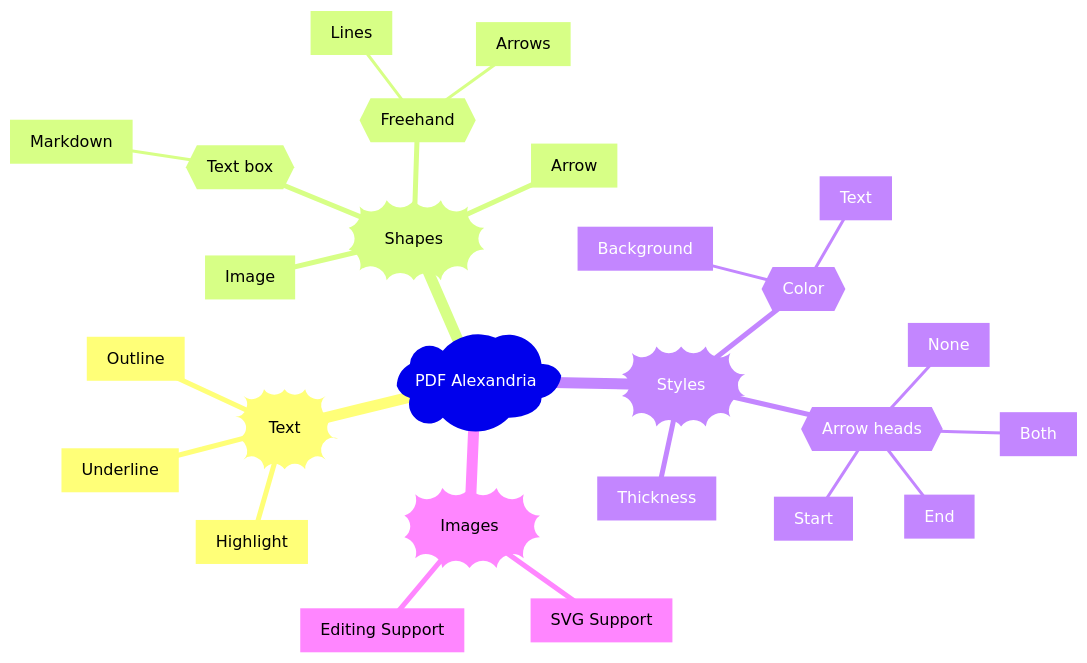
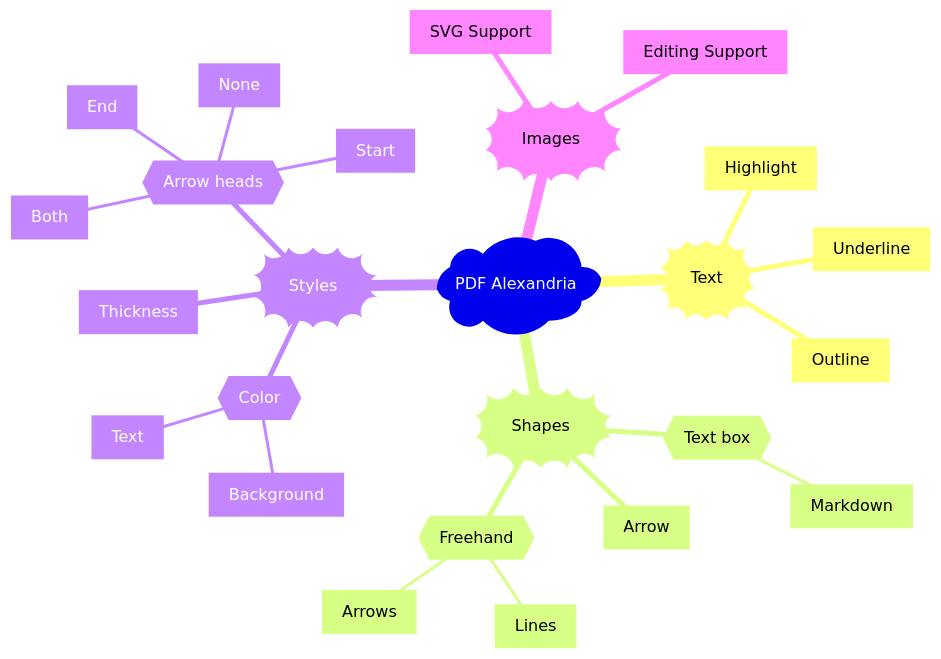
One commit to sadaszewski/pdfalexandria changed the diagram in README.md. Above: the diagram before and after it, drawn with Mermaid.

````diff
--- a/README.md
+++ b/README.md
@@ -13,29 +13,28 @@
 ```mermaid
 mindmap
   root)PDF Alexandria(
     id))Text((
       id[Highlight]
       id[Outline]
       id[Underline]
     id))Shapes((
       id{{Text box}}
         id[Markdown]
       id[Arrow]
-      id[Image]
       id{{Freehand}}
         id[Lines]
         id[Arrows]
     id))Styles((
       id{{Color}}
         id[Background]
         id[Text]
       id[Thickness]
       id{{Arrow heads}}
         id[Start]
         id[End]
         id[Both]
         id[None]
     id))Images((
       id[SVG Support]
       id[Editing Support]
 ```
````
